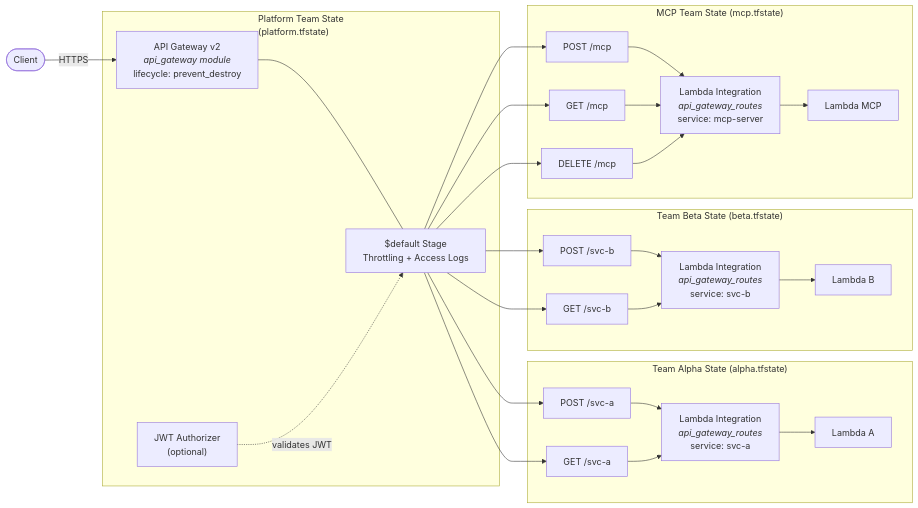
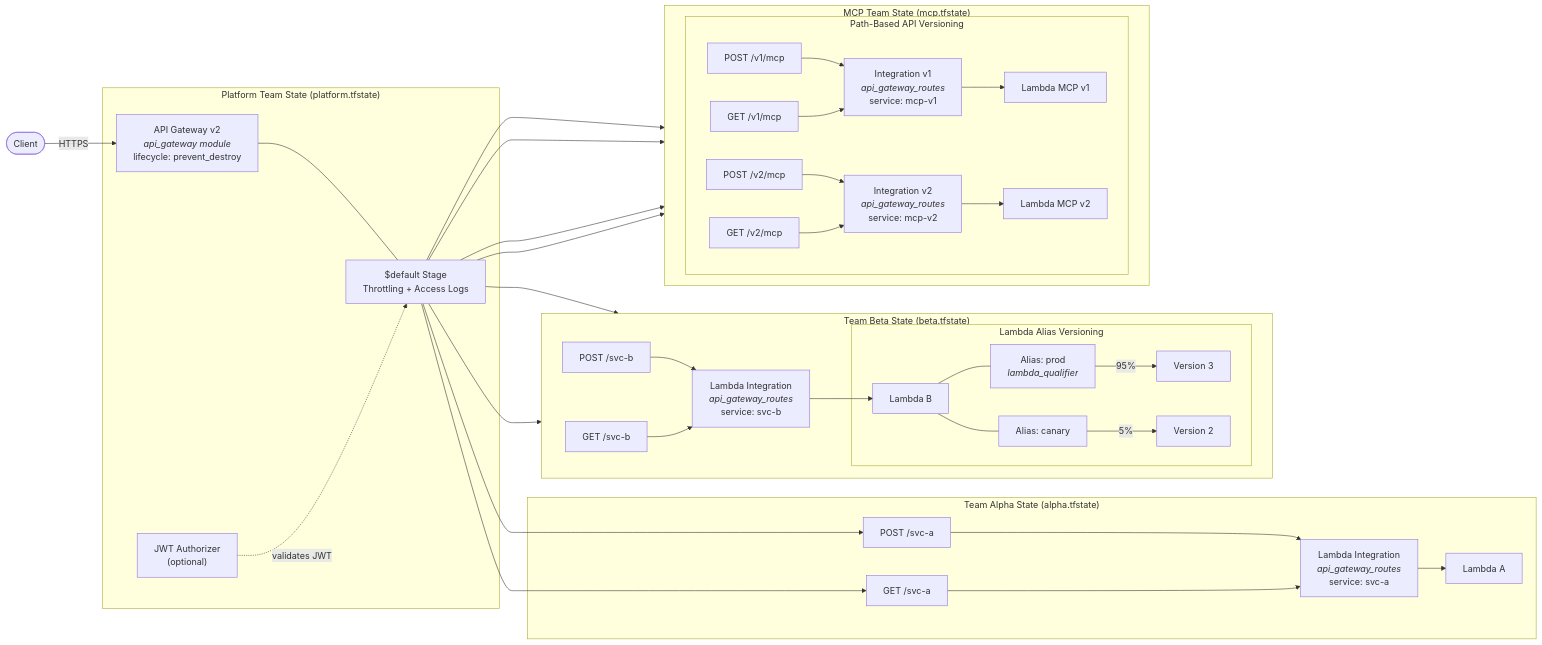
The diagram in infra/modules/api_gateway_routes/README.md (jsandov/cloud-voyager-infra), drawn with Mermaid before and after one commit. The commit also changed other lines of this file, not shown here.

Commit message:
Update architecture diagram to show versioning strategies
Adds Lambda alias versioning (Team Beta) and path-based API versioning
(MCP Team) to the Mermaid diagram with explanatory legend.

````diff
--- a/infra/modules/api_gateway_routes/README.md
+++ b/infra/modules/api_gateway_routes/README.md
@@ -7,45 +7,69 @@
 ```mermaid
 flowchart LR
     Client(["Client"])
 
-    subgraph Platform["Platform Team State<br/>(platform.tfstate)"]
+    subgraph Platform["Platform Team State (platform.tfstate)"]
         APIGW["API Gateway v2<br/><i>api_gateway module</i><br/>lifecycle: prevent_destroy"]
         Stage["$default Stage<br/>Throttling + Access Logs"]
         Authorizer["JWT Authorizer<br/>(optional)"]
     end
 
     subgraph TeamAlpha["Team Alpha State (alpha.tfstate)"]
         IntA["Lambda Integration<br/><i>api_gateway_routes</i><br/>service: svc-a"]
         RouteA1["POST /svc-a"]
         RouteA2["GET /svc-a"]
         LambdaA["Lambda A"]
     end
 
     subgraph TeamBeta["Team Beta State (beta.tfstate)"]
+        direction LR
         IntB["Lambda Integration<br/><i>api_gateway_routes</i><br/>service: svc-b"]
         RouteB1["POST /svc-b"]
         RouteB2["GET /svc-b"]
-        LambdaB["Lambda B"]
+
+        subgraph AliasVersioning["Lambda Alias Versioning"]
+            LambdaBFn["Lambda B"]
+            AliasProd["Alias: prod<br/><i>lambda_qualifier</i>"]
+            AliasCanary["Alias: canary"]
+            V3["Version 3"]
+            V2["Version 2"]
+        end
+
+        LambdaBFn --- AliasProd
+        LambdaBFn --- AliasCanary
+        AliasProd -->|"95%"| V3
+        AliasCanary -->|"5%"| V2
     end
 
     subgraph MCPTeam["MCP Team State (mcp.tfstate)"]
-        IntM["Lambda Integration<br/><i>api_gateway_routes</i><br/>service: mcp-server"]
-        RouteM1["POST /mcp"]
-        RouteM2["GET /mcp"]
-        RouteM3["DELETE /mcp"]
-        LambdaM["Lambda MCP"]
+        direction LR
+
+        subgraph PathVersioning["Path-Based API Versioning"]
+            IntMv1["Integration v1<br/><i>api_gateway_routes</i><br/>service: mcp-v1"]
+            RouteM1v1["POST /v1/mcp"]
+            RouteM2v1["GET /v1/mcp"]
+            LambdaMv1["Lambda MCP v1"]
+
+            IntMv2["Integration v2<br/><i>api_gateway_routes</i><br/>service: mcp-v2"]
+            RouteM1v2["POST /v2/mcp"]
+            RouteM2v2["GET /v2/mcp"]
+            LambdaMv2["Lambda MCP v2"]
+        end
     end
 
     Client -->|"HTTPS"| APIGW
     APIGW --- Stage
     Authorizer -.->|"validates JWT"| Stage
 
     Stage --> RouteA1 & RouteA2
     RouteA1 & RouteA2 --> IntA --> LambdaA
 
     Stage --> RouteB1 & RouteB2
-    RouteB1 & RouteB2 --> IntB --> LambdaB
+    RouteB1 & RouteB2 --> IntB --> LambdaBFn
 
-    Stage --> RouteM1 & RouteM2 & RouteM3
-    RouteM1 & RouteM2 & RouteM3 --> IntM --> LambdaM
+    Stage --> RouteM1v1 & RouteM2v1
+    RouteM1v1 & RouteM2v1 --> IntMv1 --> LambdaMv1
+
+    Stage --> RouteM1v2 & RouteM2v2
+    RouteM1v2 & RouteM2v2 --> IntMv2 --> LambdaMv2
 ```
````
